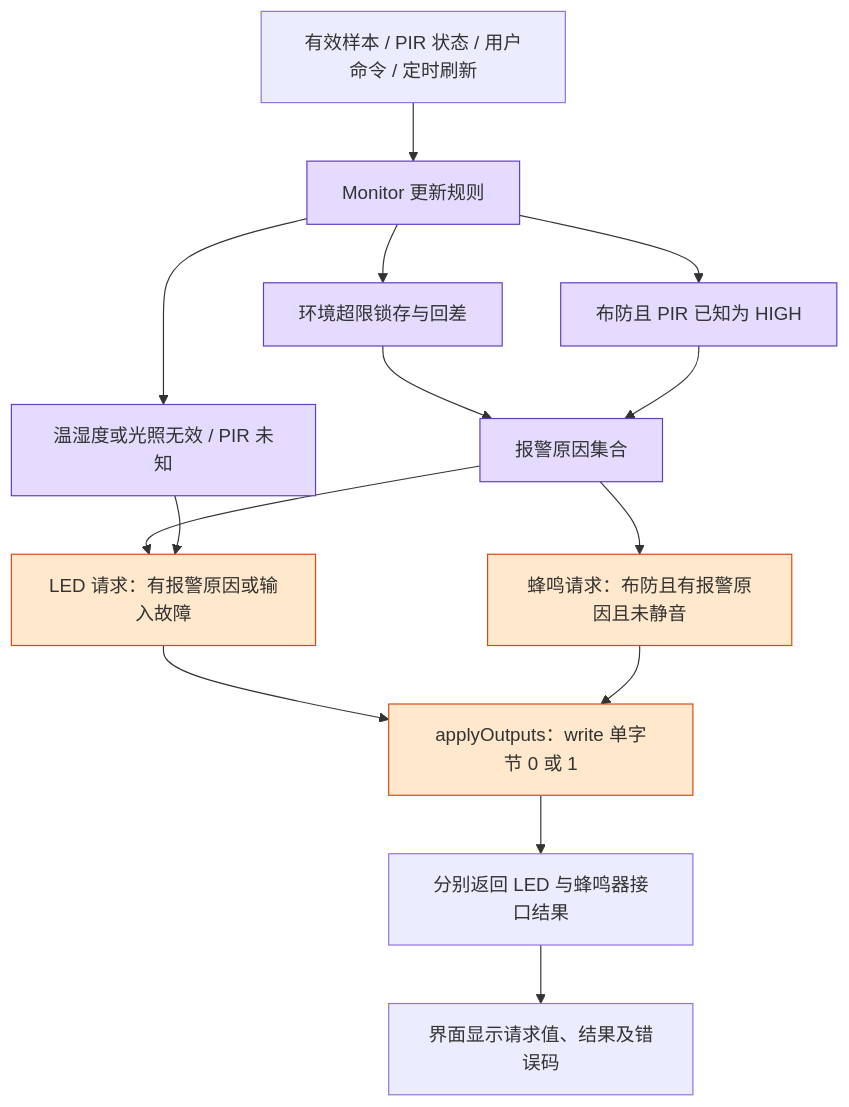
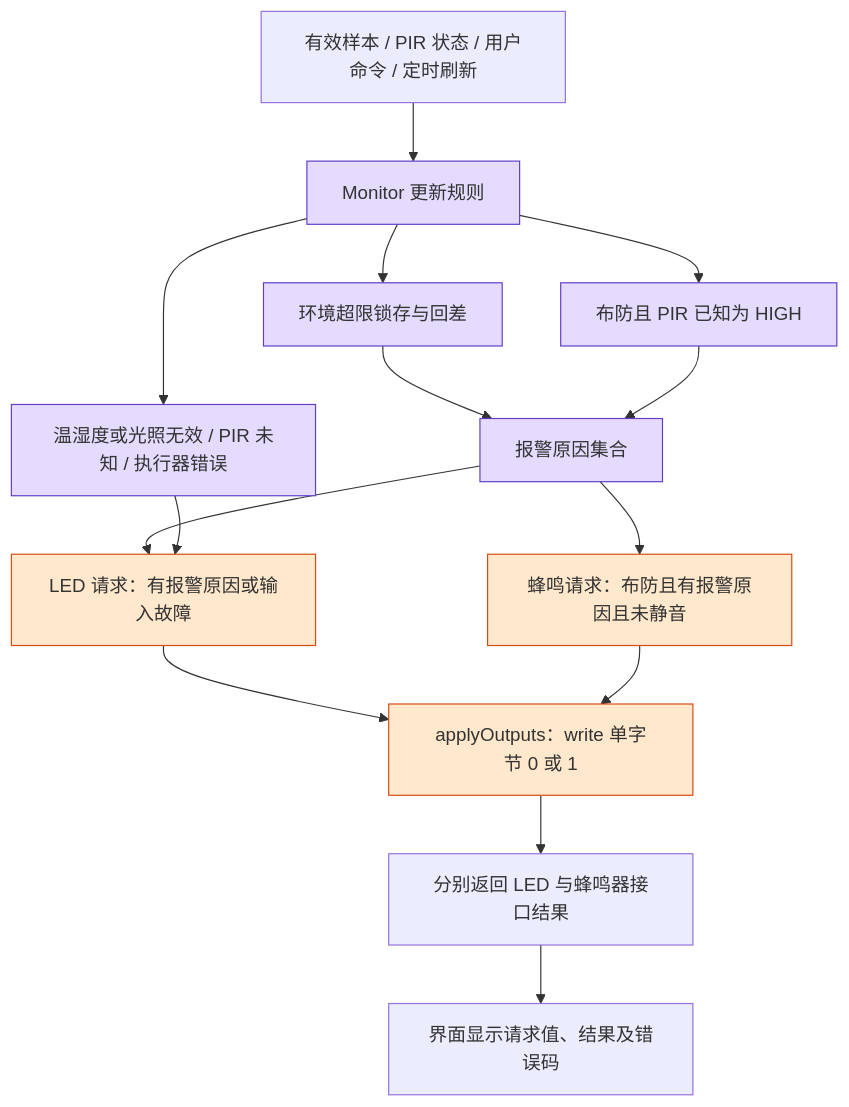
The second of 3 diagrams in docs/overview/architecture.md (Ericsunny/smarthome-imx6ull), drawn with Mermaid before and after one commit. The commit also changed other lines of this file and 67 other files, not shown here.

````diff
--- a/docs/overview/architecture.md
+++ b/docs/overview/architecture.md
@@ -118,20 +125,20 @@
 ```mermaid
 flowchart TB
     inputs["有效样本 / PIR 状态 / 用户命令 / 定时刷新"] --> policy["Monitor 更新规则"]
     policy --> environment["环境超限锁存与回差"]
     policy --> activity["布防且 PIR 已知为 HIGH"]
-    policy --> fault["温湿度或光照无效 / PIR 未知"]
+    policy --> fault["温湿度或光照无效 / PIR 未知 / 执行器错误"]
     environment --> reasons["报警原因集合"]
     activity --> reasons
     reasons --> led["LED 请求：有报警原因或输入故障"]
     fault --> led
     reasons --> beep["蜂鸣请求：布防且有报警原因且未静音"]
     led --> write["applyOutputs：write 单字节 0 或 1"]
     beep --> write
     write --> result["分别返回 LED 与蜂鸣器接口结果"]
     result --> display["界面显示请求值、结果及错误码"]
     classDef rules fill:#e5dbff,stroke:#5f3dc4
     classDef action fill:#ffe8cc,stroke:#d9480f
     class policy,environment,activity,fault,reasons rules
     class led,beep,write action
 ```
````
